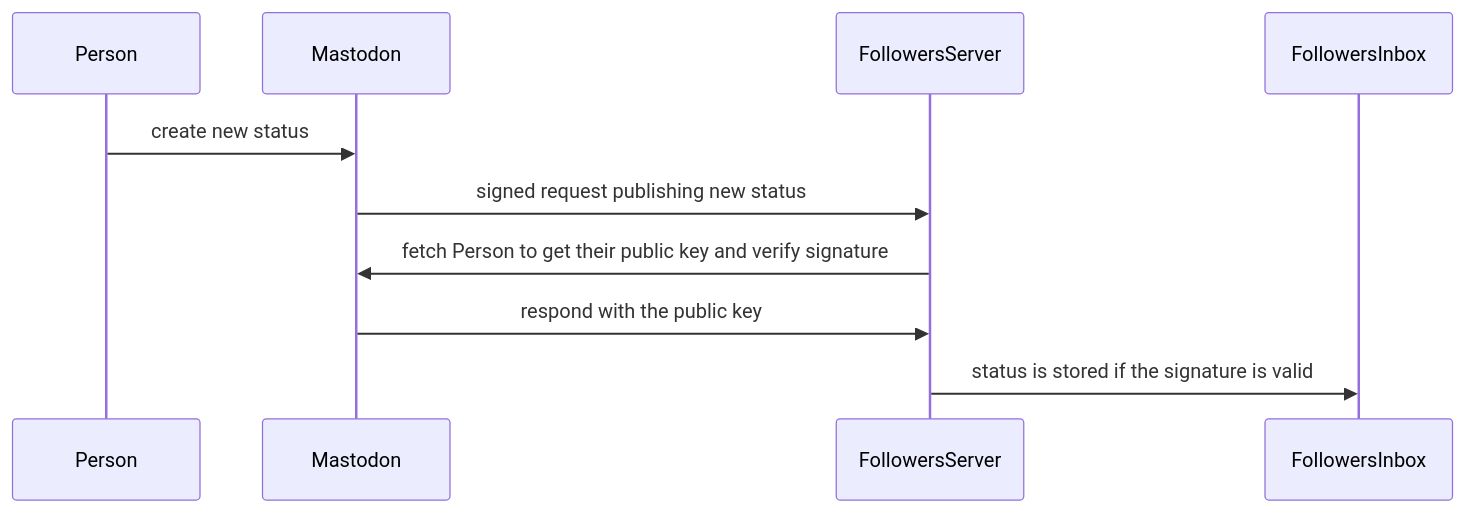
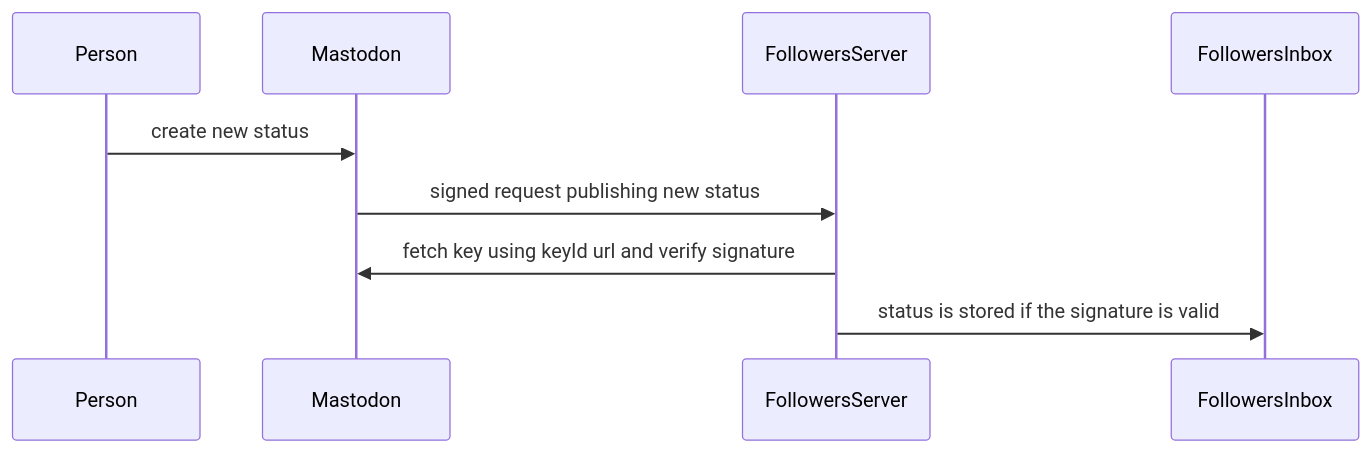
Before and after one commit to JonPulfer/swiftodon: the diagram in Sources/SignatureMiddleware/SigningBehaviour.md, drawn with Mermaid. The commit also changed other lines of this file, not shown here.

````diff
--- a/Sources/SignatureMiddleware/SigningBehaviour.md
+++ b/Sources/SignatureMiddleware/SigningBehaviour.md
@@ -6,12 +6,11 @@
 ```mermaid
 sequenceDiagram
     participant Person
     participant Mastodon
     participant FollowersServer
     participant FollowersInbox
     Person->>Mastodon: create new status
     Mastodon->>FollowersServer: signed request publishing new status
-    FollowersServer->>Mastodon: fetch Person to get their public key and verify signature
-    Mastodon->>FollowersServer: respond with the public key
+    FollowersServer->>Mastodon: fetch key using keyId url and verify signature
     FollowersServer->> FollowersInbox: status is stored if the signature is valid
 ```
````
